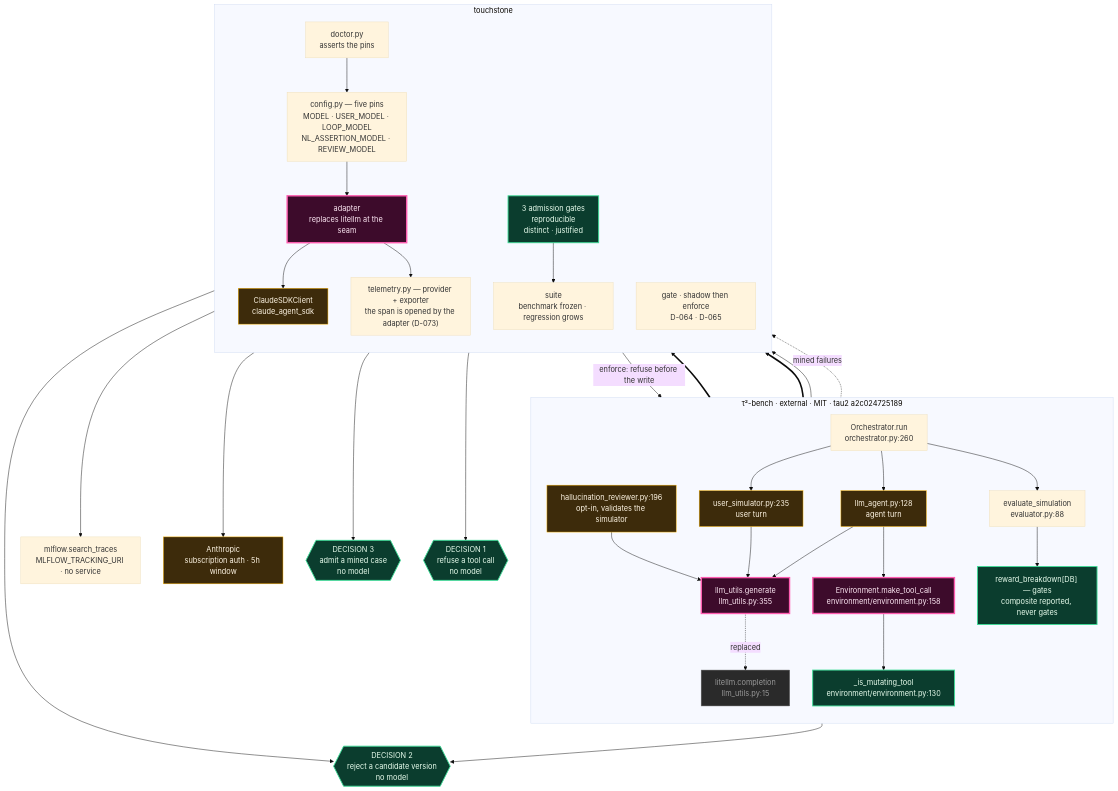
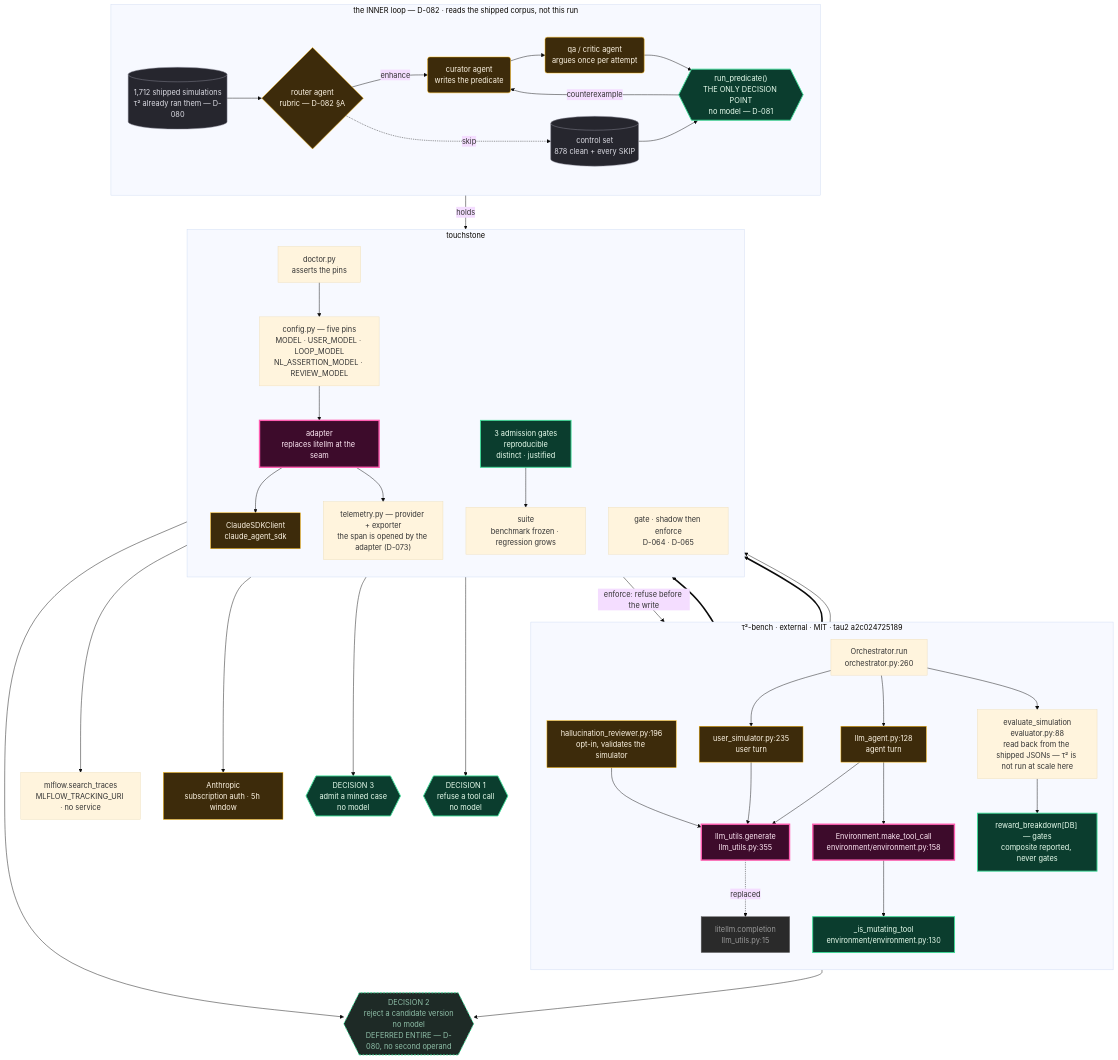
One commit to sandeepyadav1478/touchstone changed the diagram in diagrams/phase1.mmd. Above: the diagram before and after it, drawn with Mermaid (base theme). The commit also changed 10 other files, not shown here.

```diff
--- a/diagrams/phase1.mmd
+++ b/diagrams/phase1.mmd
@@ -1,76 +1,98 @@
 %% touchstone phase 1 — the adapter, the enforcement point, and the three decisions
 %% Every node names a real symbol: touchstone, or tau2-bench — tau2 at commit a2c024725189 (MIT). D-068.
 flowchart TB
 
   subgraph TAU2["τ²-bench · external · MIT · tau2 a2c024725189"]
     direction TB
     RUN["Orchestrator.run<br/>orchestrator.py:260"]
     AGENT["llm_agent.py:128<br/>agent turn"]
     USER["user_simulator.py:235<br/>user turn"]
     REVIEW["hallucination_reviewer.py:196<br/>opt-in, validates the simulator"]
     GEN["llm_utils.generate<br/>llm_utils.py:355"]
     LITE["litellm.completion<br/>llm_utils.py:15"]
     ENVC["Environment.make_tool_call<br/>environment/environment.py:158"]
     MUT["_is_mutating_tool<br/>environment/environment.py:130"]
-    EVAL["evaluate_simulation<br/>evaluator.py:88"]
+    EVAL["evaluate_simulation<br/>evaluator.py:88<br/>read back from the shipped JSONs — τ² is not run at scale here"]
     REW["reward_breakdown[DB] — gates<br/>composite reported, never gates"]
   end
 
   subgraph TS["touchstone"]
     direction TB
     ADP["adapter<br/>replaces litellm at the seam"]
     SDK["ClaudeSDKClient<br/>claude_agent_sdk"]
     CFG["config.py — five pins<br/>MODEL · USER_MODEL · LOOP_MODEL<br/>NL_ASSERTION_MODEL · REVIEW_MODEL"]
     GATE["gate · shadow then enforce<br/>D-064 · D-065"]
     TEL["telemetry.py — provider + exporter<br/>the span is opened by the adapter (D-073)"]
     SUITE["suite<br/>benchmark frozen · regression grows"]
     ADMIT["3 admission gates<br/>reproducible<br/>distinct · justified"]
     DOC["doctor.py<br/>asserts the pins"]
   end
 
   MLF["mlflow.search_traces<br/>MLFLOW_TRACKING_URI · no service"]
   ANTH["Anthropic<br/>subscription auth · 5h window"]
+
+  subgraph MINE["the INNER loop — D-082 · reads the shipped corpus, not this run"]
+    direction LR
+    CORPUS[("1,712 shipped simulations<br/>τ² already ran them — D-080")]
+    ROUTER{"router agent<br/>rubric — D-082 §A"}
+    CURATOR("curator agent<br/>writes the predicate")
+    CRITIC("qa / critic agent<br/>argues once per attempt")
+    PRED{{"run_predicate()<br/>THE ONLY DECISION POINT<br/>no model — D-081"}}
+    CTRL[("control set<br/>878 clean + every SKIP")]
+    CORPUS --> ROUTER
+    ROUTER -- "enhance" --> CURATOR
+    ROUTER -. "skip" .-> CTRL
+    CURATOR --> CRITIC --> PRED
+    PRED -- "counterexample" --> CURATOR
+    CTRL --> PRED
+  end
 
   RUN --> AGENT
   RUN --> USER
   AGENT --> GEN
   USER --> GEN
   REVIEW --> GEN
 
   GEN -. "replaced" .-> LITE
   GEN ==> ADP
   ADP --> SDK --> ANTH
   CFG --> ADP
   DOC --> CFG
 
   AGENT --> ENVC
   ENVC --> MUT
   ENVC ==> GATE
   GATE -- "enforce: refuse before the write" --> ENVC
 
   RUN --> EVAL --> REW
 
   ADP --> TEL
   ENVC --> TEL
   TEL --> MLF
 
   REW --> D2
   ADMIT --> D3
   GATE --> D1
-  EVAL -. "mined failures" .-> ADMIT
+  PRED -- "holds" --> ADMIT
   ADMIT --> SUITE
   SUITE --> D2
 
   D1{{"DECISION 1<br/>refuse a tool call<br/>no model"}}
-  D2{{"DECISION 2<br/>reject a candidate version<br/>no model"}}
+  D2{{"DECISION 2<br/>reject a candidate version<br/>no model<br/>DEFERRED ENTIRE — D-080, no second operand"}}
   D3{{"DECISION 3<br/>admit a mined case<br/>no model"}}
 
   classDef nomodel fill:#0b3d2e,stroke:#3ddc97,color:#eaffef,stroke-width:2px
   classDef model fill:#3d2b0b,stroke:#ffb703,color:#fff6e5
   classDef seam fill:#3d0b2b,stroke:#ff5db1,color:#ffe9f5,stroke-width:3px
   classDef dead fill:#2a2a2a,stroke:#666,color:#999
+  classDef data fill:#26262e,stroke:#8a8a99,color:#dcdce4
+  classDef deferred fill:#1e2a26,stroke:#3ddc97,stroke-dasharray:4 3,color:#8fbfa8
 
   class D1,D2,D3,REW,ADMIT,MUT nomodel
   class AGENT,USER,REVIEW,SDK,ANTH model
   class GEN,ADP,ENVC seam
+  class CORPUS,CTRL data
+  class ROUTER,CURATOR,CRITIC model
+  class PRED nomodel
   class LITE dead
+  class D2 deferred
```
